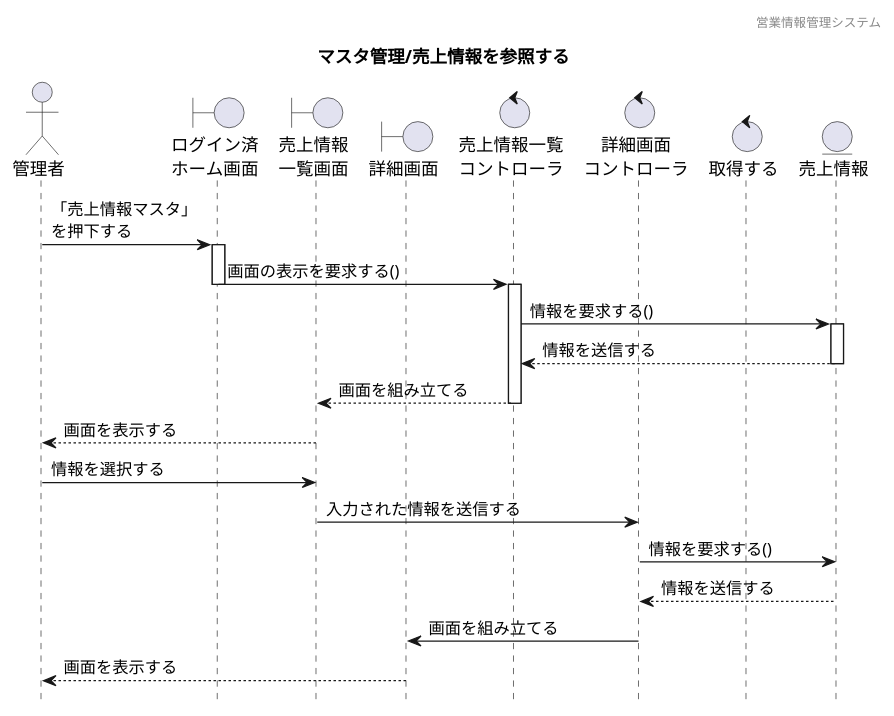
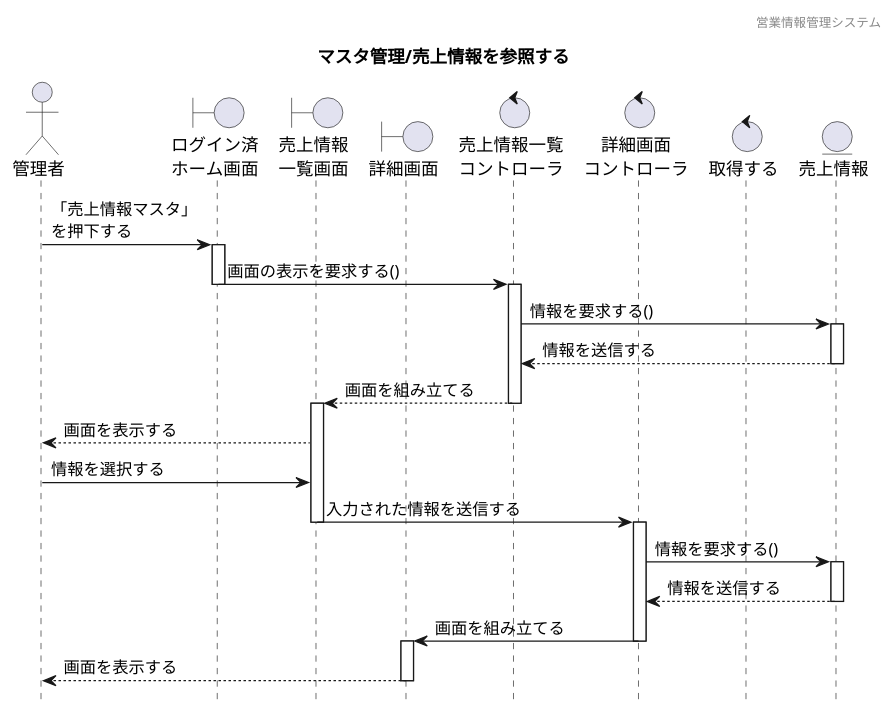
One commit to HaruShim/Sotuken changed the diagram in 各種設計書/4シーケンス図/マスタ管理/6.売上情報マスタ/売上情報管理_参照.plantuml. Above: the diagram before and after it, drawn with PlantUML. The commit also changed 1 other file, not shown here.

```diff
--- a/各種設計書/4シーケンス図/マスタ管理/6.売上情報マスタ/売上情報管理_参照.plantuml
+++ b/各種設計書/4シーケンス図/マスタ管理/6.売上情報マスタ/売上情報管理_参照.plantuml
@@ -1,43 +1,50 @@
 @startuml sequence
 
 hide footbox
 header 営業情報管理システム
 title マスタ管理/売上情報を参照する
 
 ' actor "" as a
 actor "管理者" as a1
 
 ' boundary "" as b
 boundary "ログイン済\nホーム画面" as b1
 boundary "売上情報\n一覧画面" as b2
 boundary "詳細画面" as b3
 
 ' control "" as c
 control "売上情報一覧\nコントローラ" as c1
 control "詳細画面\nコントローラ" as c2
 control "取得する" as c3
 
 ' entity "" as e
 entity "売上情報" as e1
 
 a1 -> b1 :「売上情報マスタ」\nを押下する
 activate b1 
 b1 -> c1 : 画面の表示を要求する()
 deactivate b1
 activate c1
 c1 -> e1: 情報を要求する()
 activate e1
 e1 --> c1: 情報を送信する
 deactivate e1
 c1 --> b2: 画面を組み立てる
 deactivate c1
+activate b2
 b2 --> a1 : 画面を表示する
 a1 -> b2 : 情報を選択する
 b2 -> c2 : 入力された情報を送信する
+deactivate b2
+activate c2
 c2 -> e1 : 情報を要求する()
+activate e1
 e1 --> c2 : 情報を送信する
+deactivate e1
 c2 -> b3 : 画面を組み立てる
+deactivate c2
+activate b3
 b3 --> a1 : 画面を表示する
-
+deactivate b3
 
 @enduml
```
